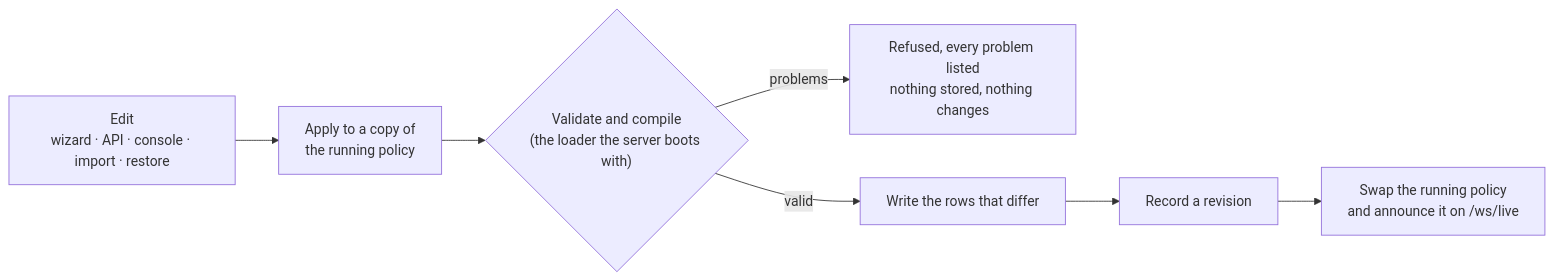
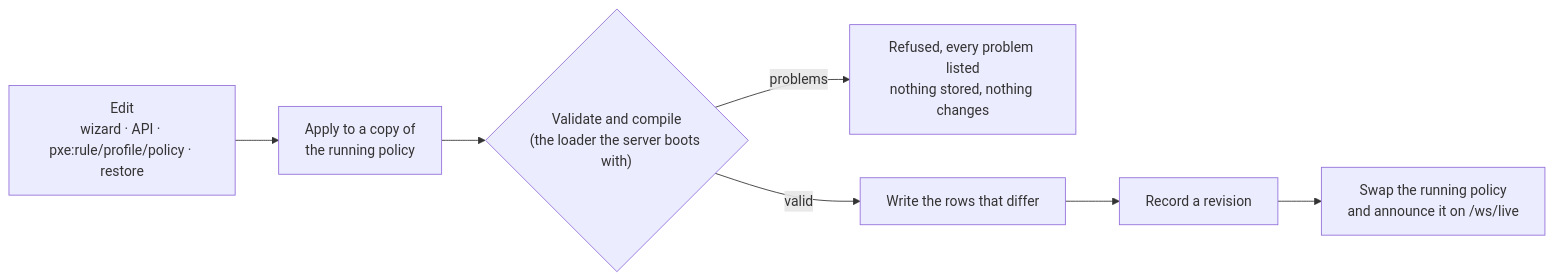
One commit to safewords/kindling changed the second of 3 diagrams in README.md. Above: the diagram before and after it, drawn with Mermaid. The commit also changed other lines of this file and 47 other files, not shown here.

````diff
--- a/README.md
+++ b/README.md
@@ -276,9 +305,9 @@
 ```mermaid
 flowchart LR
-    E["Edit<br/>wizard · API · console · import · restore"] --> C["Apply to a copy of<br/>the running policy"]
+    E["Edit<br/>wizard · API · pxe:rule/profile/policy · restore"] --> C["Apply to a copy of<br/>the running policy"]
     C --> V{"Validate and compile<br/>(the loader the server boots with)"}
     V -- problems --> R["Refused, every problem listed<br/>nothing stored, nothing changes"]
     V -- valid --> S["Write the rows that differ"]
     S --> H["Record a revision"]
     H --> L["Swap the running policy<br/>and announce it on /ws/live"]
 ```
````
